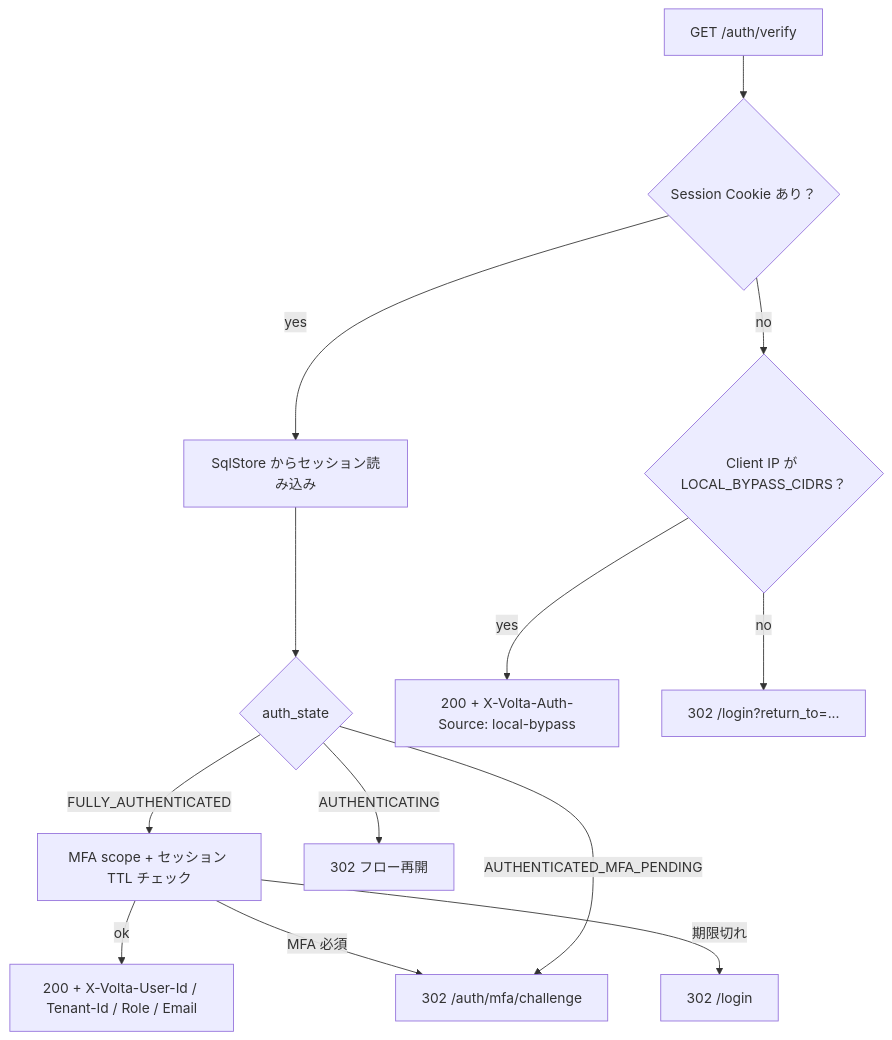
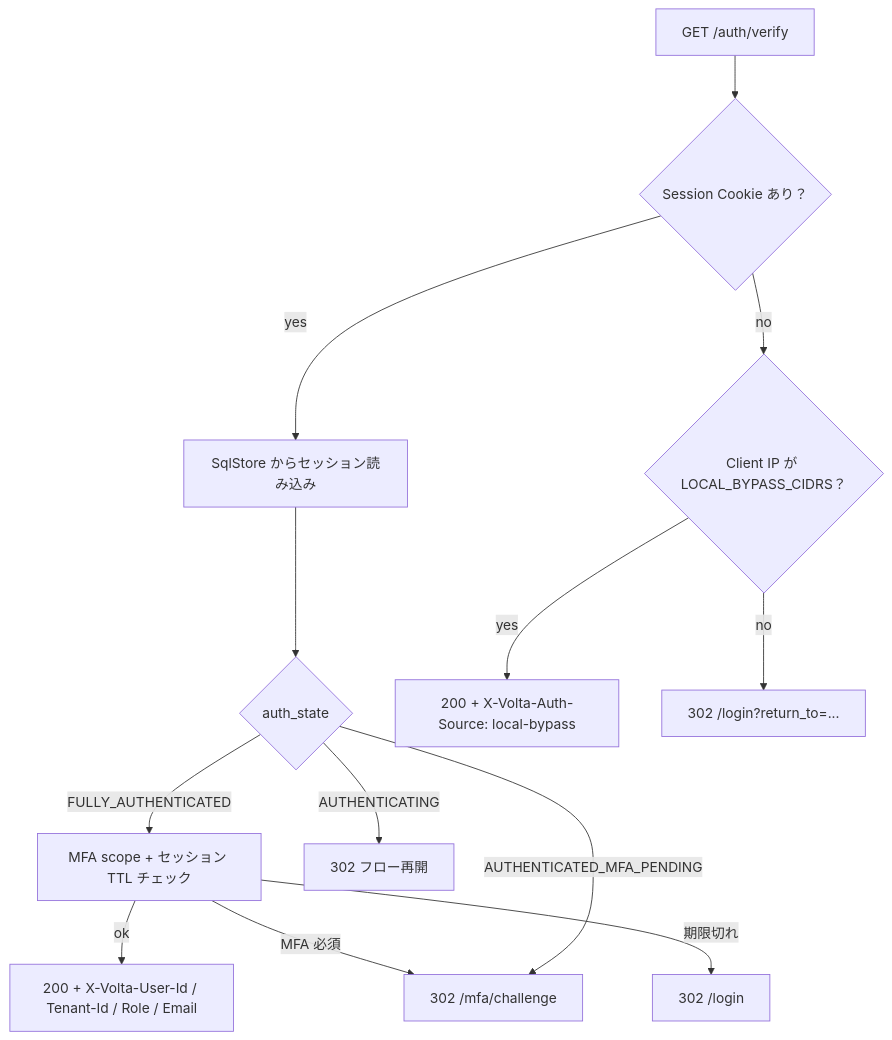
The second of 6 diagrams in docs/architecture-ja.md (opaopa6969/volta-auth-proxy), drawn with Mermaid before and after one commit. The commit also changed 6 other files, not shown here.

````diff
--- a/docs/architecture-ja.md
+++ b/docs/architecture-ja.md
@@ -70,15 +70,15 @@
 ```mermaid
 flowchart TD
     A[GET /auth/verify] --> B{Session Cookie あり？}
     B -- yes --> C[SqlStore からセッション読み込み]
     C --> D{auth_state}
     D -- FULLY_AUTHENTICATED --> E[MFA scope + セッション TTL チェック]
     E -- ok --> F[200 + X-Volta-User-Id / Tenant-Id / Role / Email]
-    E -- MFA 必須 --> G[302 /auth/mfa/challenge]
+    E -- MFA 必須 --> G[302 /mfa/challenge]
     E -- 期限切れ --> H[302 /login]
     D -- AUTHENTICATED_MFA_PENDING --> G
     D -- AUTHENTICATING --> I[302 フロー再開]
     B -- no --> J{Client IP が LOCAL_BYPASS_CIDRS？}
     J -- yes --> K[200 + X-Volta-Auth-Source: local-bypass]
     J -- no --> L[302 /login?return_to=...]
 ```
````
